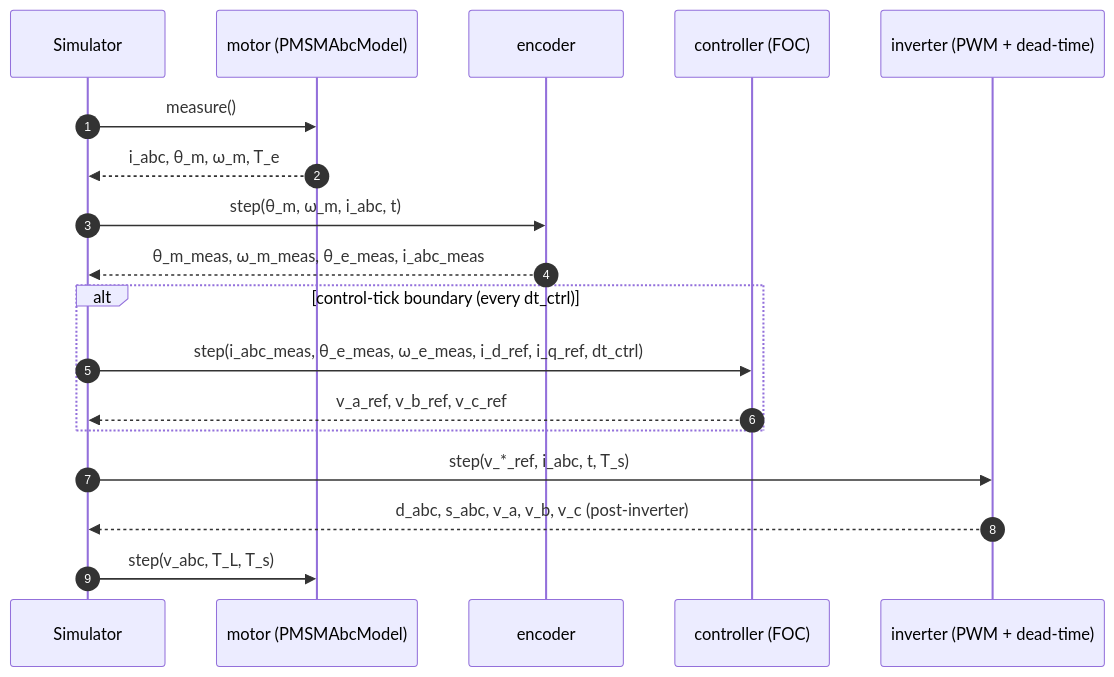
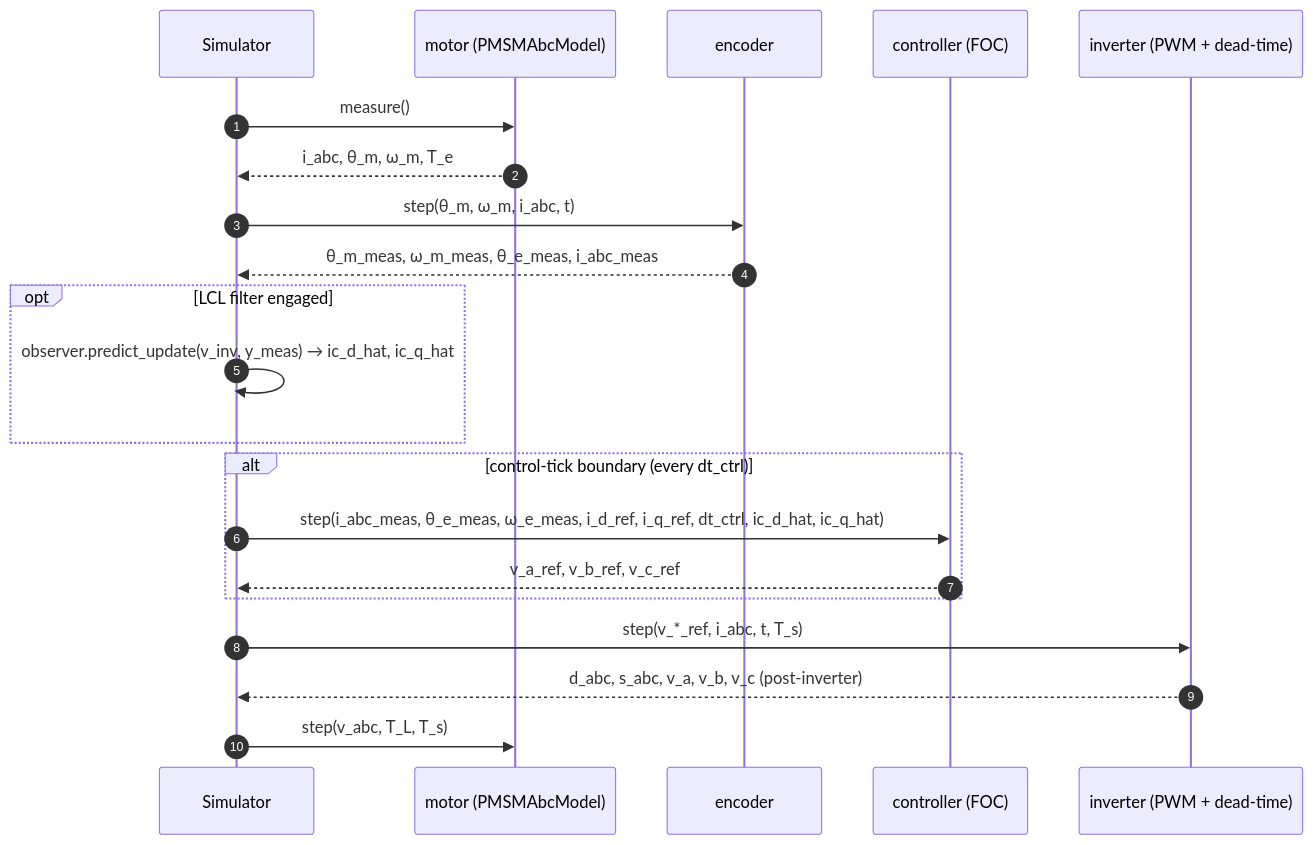
Before and after one commit to PhillipMaree/slimtorq-control: the second of 3 diagrams in README.md, drawn with Mermaid. The commit also changed other lines of this file and 33 other files, not shown here.

Commit message:
[ALV001] Improved LCL filtering with observer

````diff
--- a/README.md
+++ b/README.md
@@ -82,21 +88,24 @@
 ```mermaid
 sequenceDiagram
     autonumber
     participant SIM as Simulator
     participant M as motor (PMSMAbcModel)
     participant E as encoder
     participant C as controller (FOC)
     participant I as inverter (PWM + dead-time)
 
     SIM->>M: measure()
     M-->>SIM: i_abc, θ_m, ω_m, T_e
     SIM->>E: step(θ_m, ω_m, i_abc, t)
     E-->>SIM: θ_m_meas, ω_m_meas, θ_e_meas, i_abc_meas
+    opt LCL filter engaged
+        SIM->>SIM: observer.predict_update(v_inv, y_meas) → ic_d_hat, ic_q_hat
+    end
     alt control-tick boundary (every dt_ctrl)
-        SIM->>C: step(i_abc_meas, θ_e_meas, ω_e_meas, i_d_ref, i_q_ref, dt_ctrl)
+        SIM->>C: step(i_abc_meas, θ_e_meas, ω_e_meas, i_d_ref, i_q_ref, dt_ctrl, ic_d_hat, ic_q_hat)
         C-->>SIM: v_a_ref, v_b_ref, v_c_ref
     end
     SIM->>I: step(v_*_ref, i_abc, t, T_s)
     I-->>SIM: d_abc, s_abc, v_a, v_b, v_c (post-inverter)
     SIM->>M: step(v_abc, T_L, T_s)
 ```
````
